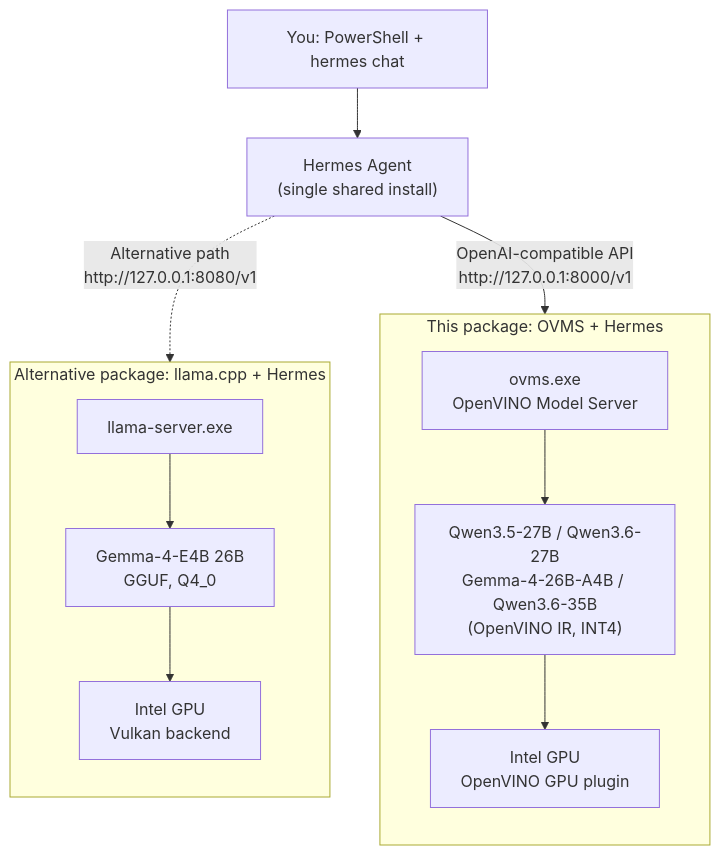
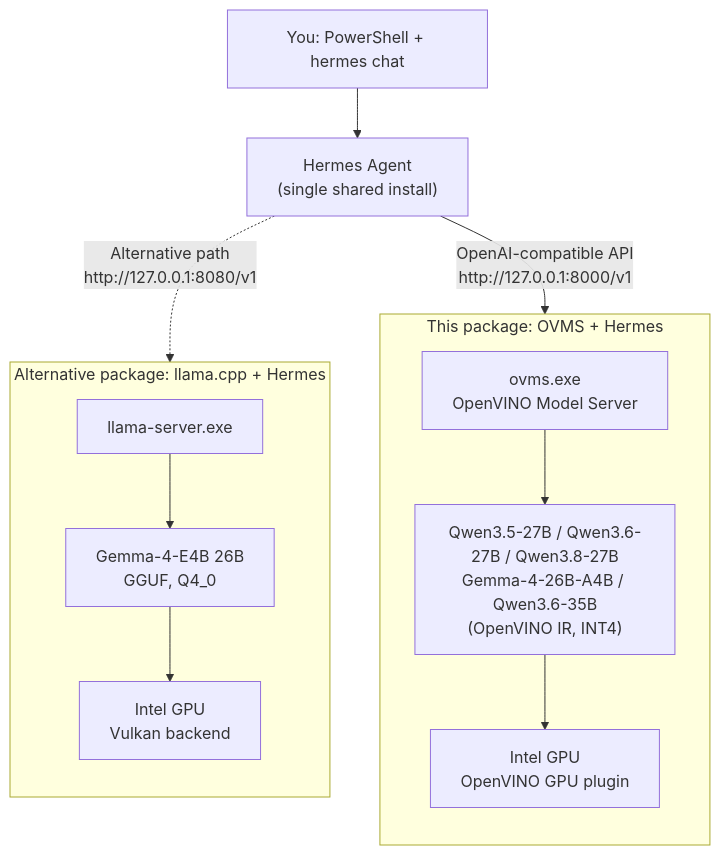
Before and after one commit to bjodom/Windows-Local-Workshop-Installers: the diagram in ovms-workshop/Windows/README.md, drawn with Mermaid. The commit also changed other lines of this file and 5 other files, not shown here.

Commit message:
Add Qwen3.8 OVMS model support

````diff
--- a/ovms-workshop/Windows/README.md
+++ b/ovms-workshop/Windows/README.md
@@ -5,19 +5,19 @@
 ```mermaid
 flowchart TD
     User["You: PowerShell + hermes chat"] --> Hermes["Hermes Agent<br/>(single shared install)"]
 
     Hermes -->|"OpenAI-compatible API<br/>http://127.0.0.1:8000/v1"| OVMS
     Hermes -.->|"Alternative path<br/>http://127.0.0.1:8080/v1"| Llama
 
     subgraph OVMSGroup["This package: OVMS + Hermes"]
         direction TB
-        OVMS["ovms.exe<br/>OpenVINO Model Server"] --> OVMSModel["Qwen3.5-27B / Qwen3.6-27B<br/>Gemma-4-26B-A4B / Qwen3.6-35B<br/>(OpenVINO IR, INT4)"]
+        OVMS["ovms.exe<br/>OpenVINO Model Server"] --> OVMSModel["Qwen3.5-27B / Qwen3.6-27B / Qwen3.8-27B<br/>Gemma-4-26B-A4B / Qwen3.6-35B<br/>(OpenVINO IR, INT4)"]
         OVMSModel --> OVGPU["Intel GPU<br/>OpenVINO GPU plugin"]
     end
 
     subgraph LlamaGroup["Alternative package: llama.cpp + Hermes"]
         direction TB
         Llama["llama-server.exe"] --> LlamaModel["Gemma-4-E4B 26B<br/>GGUF, Q4_0"]
         LlamaModel --> LGPU["Intel GPU<br/>Vulkan backend"]
     end
 ```
````
